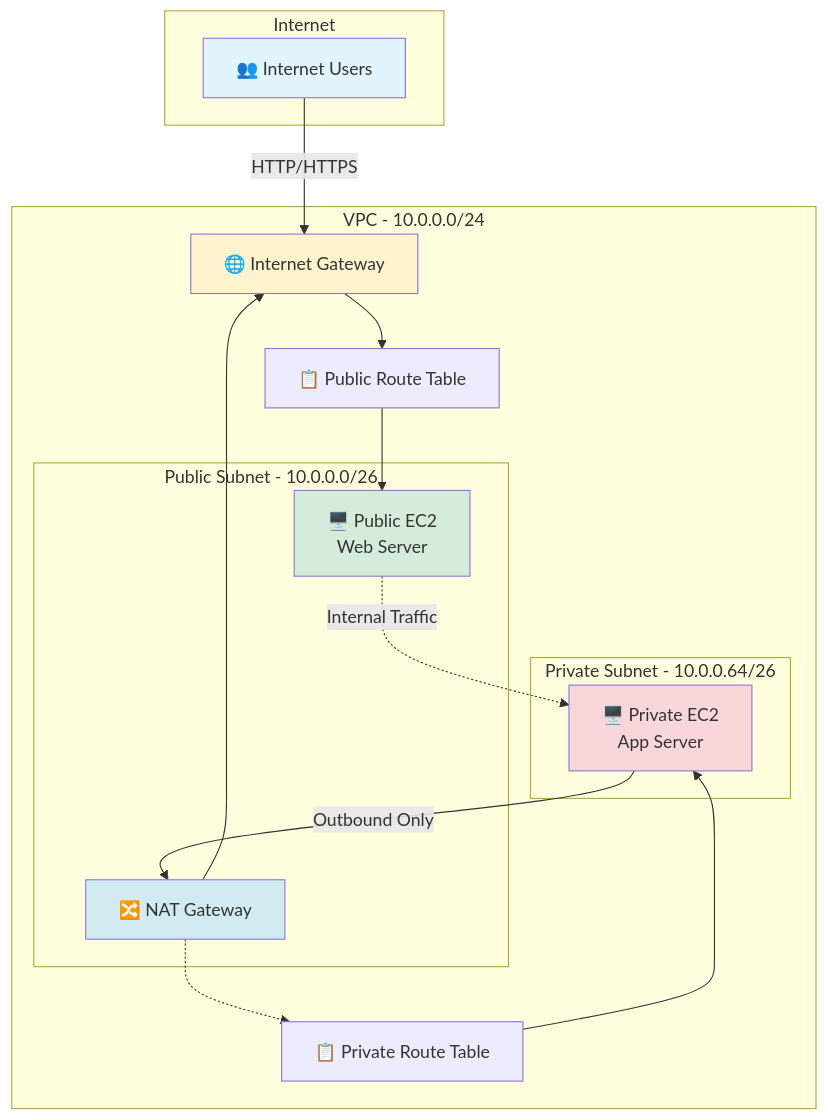
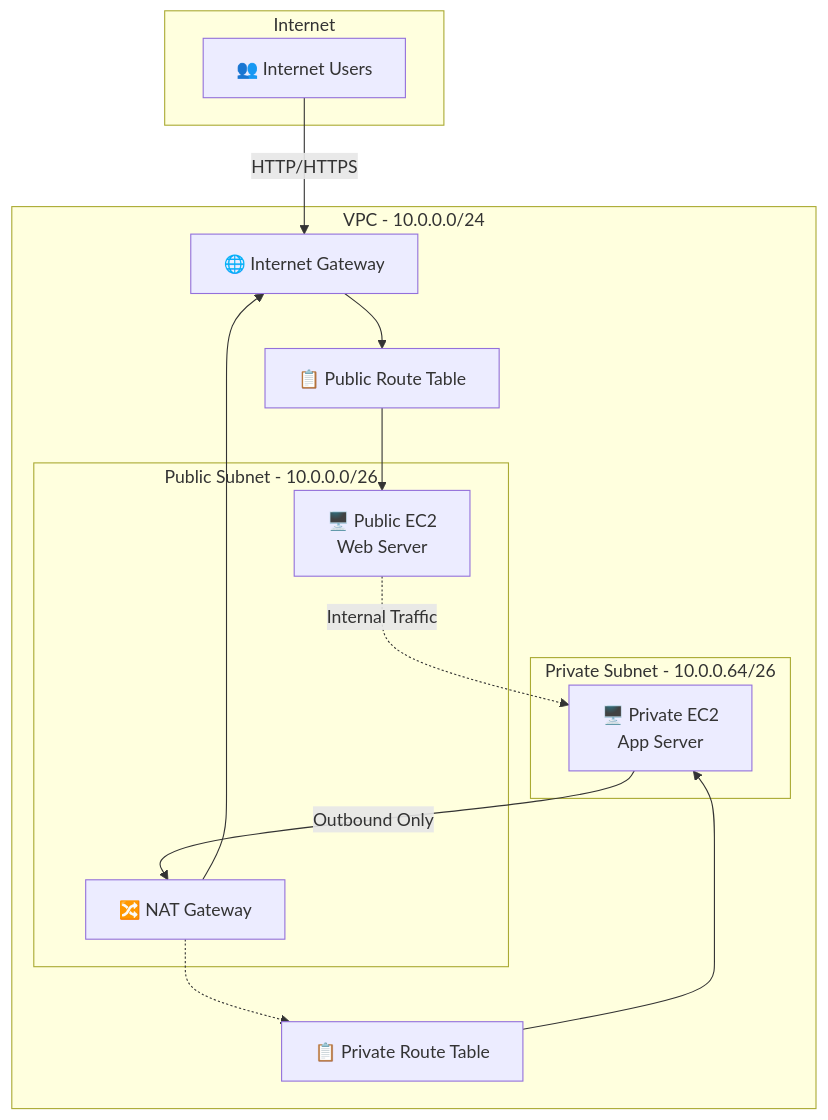
Before and after one commit to sujalkamanna/terraform-project: the first of 2 diagrams in README.md, drawn with Mermaid. The commit also changed other lines of this file, not shown here.

````diff
--- a/README.md
+++ b/README.md
@@ -52,39 +49,34 @@
 ```mermaid
 graph TB
     subgraph Internet
         Users[👥 Internet Users]
     end
     
     subgraph VPC[VPC - 10.0.0.0/24]
         IGW[🌐 Internet Gateway]
         
         subgraph PublicSubnet[Public Subnet - 10.0.0.0/26]
             PublicEC2[🖥️ Public EC2<br/>Web Server]
             NAT[🔀 NAT Gateway]
         end
         
         subgraph PrivateSubnet[Private Subnet - 10.0.0.64/26]
             PrivateEC2[🖥️ Private EC2<br/>App Server]
         end
         
         PublicRT[📋 Public Route Table]
         PrivateRT[📋 Private Route Table]
     end
     
     Users -->|HTTP/HTTPS| IGW
     IGW --> PublicRT
     PublicRT --> PublicEC2
     
     PublicEC2 -.->|Internal Traffic| PrivateEC2
     PrivateEC2 -->|Outbound Only| NAT
     NAT --> IGW
     
     PrivateRT --> PrivateEC2
     NAT -.-> PrivateRT
-    
-    style Users fill:#e1f5ff
-    style IGW fill:#fff3cd
-    style PublicEC2 fill:#d4edda
-    style PrivateEC2 fill:#f8d7da
-    style NAT fill:#d1ecf1
+
 ```
````
